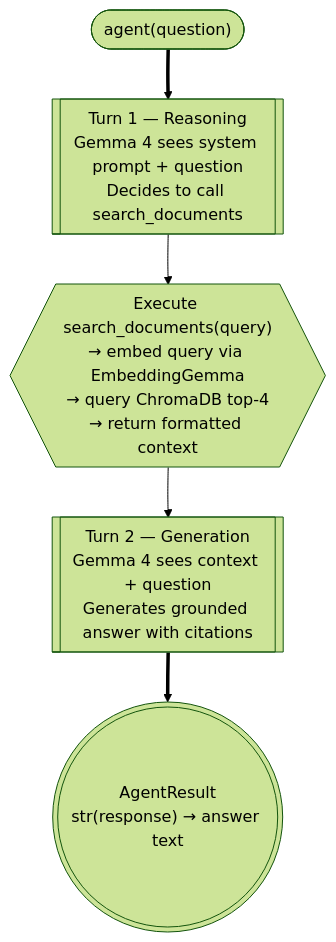
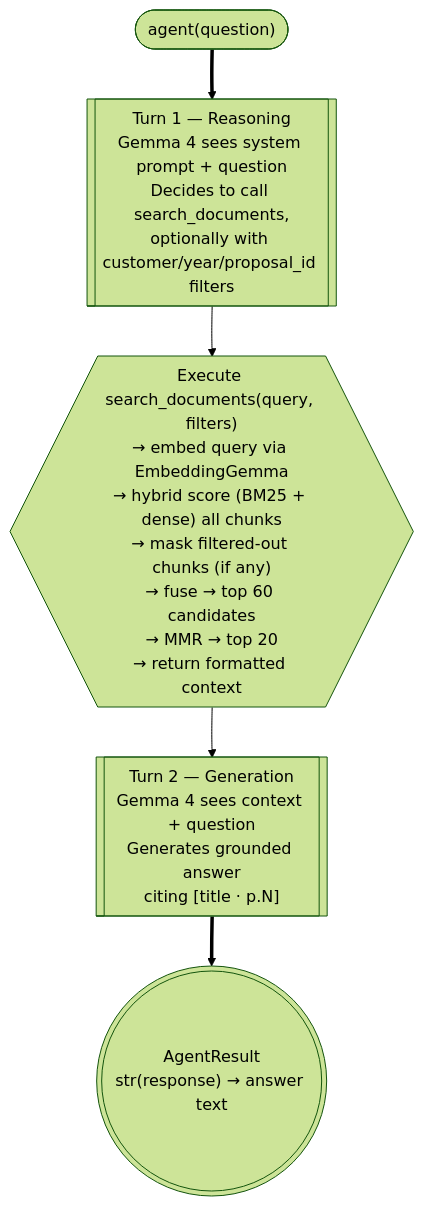
One commit to AWDubs/Local-RAG changed the second of 4 diagrams in docs/implementation/query-flow.md. Above: the diagram before and after it, drawn with Mermaid (forest theme). The commit also changed other lines of this file and 19 other files, not shown here.

````diff
--- a/docs/implementation/query-flow.md
+++ b/docs/implementation/query-flow.md
@@ -62,16 +74,16 @@
 ```mermaid
 flowchart TD
     accTitle: Strands agent loop for RAG
     accDescr: The agent receives the question, calls search_documents, receives context, then generates a final answer.
 
     start_n@{ shape: stadium, label: "agent(question)" }
-    turn1@{ shape: subproc, label: "Turn 1 — Reasoning\nGemma 4 sees system prompt + question\nDecides to call search_documents" }
-    tool_exec@{ shape: hex, label: "Execute search_documents(query)\n→ embed query via EmbeddingGemma\n→ query ChromaDB top-4\n→ return formatted context" }
-    turn2@{ shape: subproc, label: "Turn 2 — Generation\nGemma 4 sees context + question\nGenerates grounded answer with citations" }
+    turn1@{ shape: subproc, label: "Turn 1 — Reasoning\nGemma 4 sees system prompt + question\nDecides to call search_documents,\noptionally with customer/year/proposal_id filters" }
+    tool_exec@{ shape: hex, label: "Execute search_documents(query, filters)\n→ embed query via EmbeddingGemma\n→ hybrid score (BM25 + dense) all chunks\n→ mask filtered-out chunks (if any)\n→ fuse → top 60 candidates\n→ MMR → top 20\n→ return formatted context" }
+    turn2@{ shape: subproc, label: "Turn 2 — Generation\nGemma 4 sees context + question\nGenerates grounded answer\nciting [title · p.N]" }
     done_n@{ shape: dbl-circ, label: "AgentResult\nstr(response) → answer text" }
 
     start_n ==> turn1
     turn1 --> tool_exec
     tool_exec --> turn2
     turn2 ==> done_n
 ```
````
